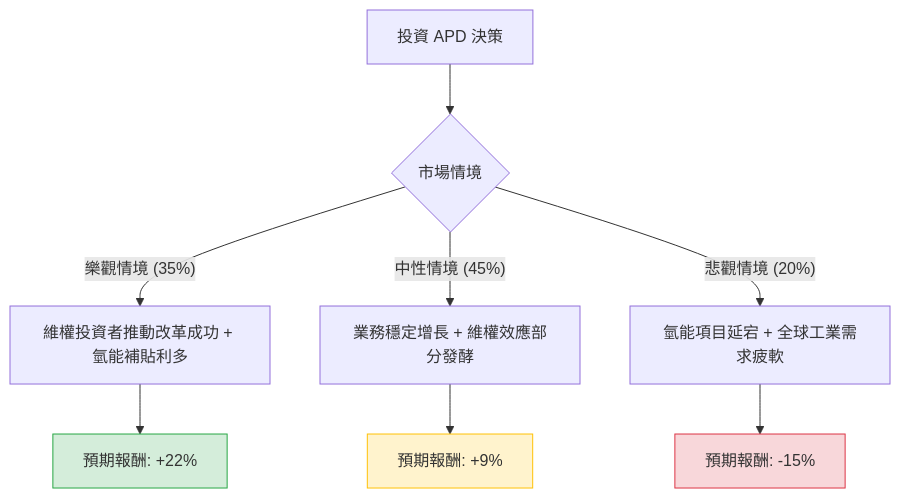
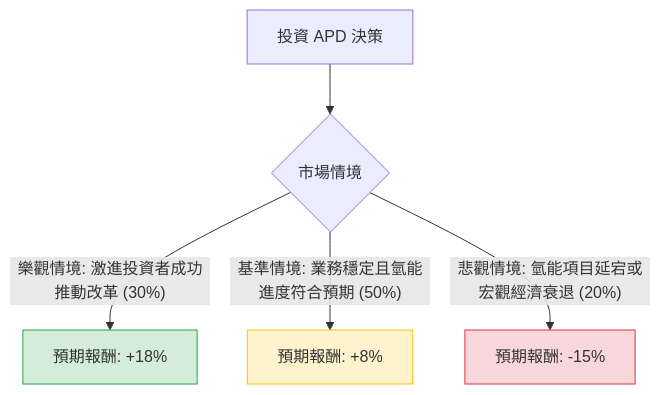
One commit to zmcx16/zmcx16.github.io changed the diagram in plugin-react/ai-analysis/ev-analysis/APD.md. Above: the diagram before and after it, drawn with Mermaid. The commit also changed other lines of this file and 74 other files, not shown here.

````diff
--- a/plugin-react/ai-analysis/ev-analysis/APD.md
+++ b/plugin-react/ai-analysis/ev-analysis/APD.md
@@ -24,16 +18,12 @@
 ```mermaid
 graph TD
     A[投資 APD 決策] --> B{市場情境}
     
-    B -- 樂觀情境 (35%) --> C[維權投資者推動改革成功 + 氫能補貼利多]
-    B -- 中性情境 (45%) --> D[業務穩定增長 + 維權效應部分發酵]
-    B -- 悲觀情境 (20%) --> E[氫能項目延宕 + 全球工業需求疲軟]
+    B -- 樂觀情境: 激進投資者成功推動改革 (30%) --> C[預期報酬: +18%]
+    B -- 基準情境: 業務穩定且氫能進度符合預期 (50%) --> D[預期報酬: +8%]
+    B -- 悲觀情境: 氫能項目延宕或宏觀經濟衰退 (20%) --> E[預期報酬: -15%]
 
-    C --> C1[預期報酬: +22%]
-    D --> D1[預期報酬: +9%]
-    E --> E1[預期報酬: -15%]
-
-    style C1 fill:#d4edda,stroke:#28a745
-    style D1 fill:#fff3cd,stroke:#ffc107
-    style E1 fill:#f8d7da,stroke:#dc3545
+    style C fill:#d4edda,stroke:#28a745
+    style D fill:#fff3cd,stroke:#ffc107
+    style E fill:#f8d7da,stroke:#dc3545
 ```
````
